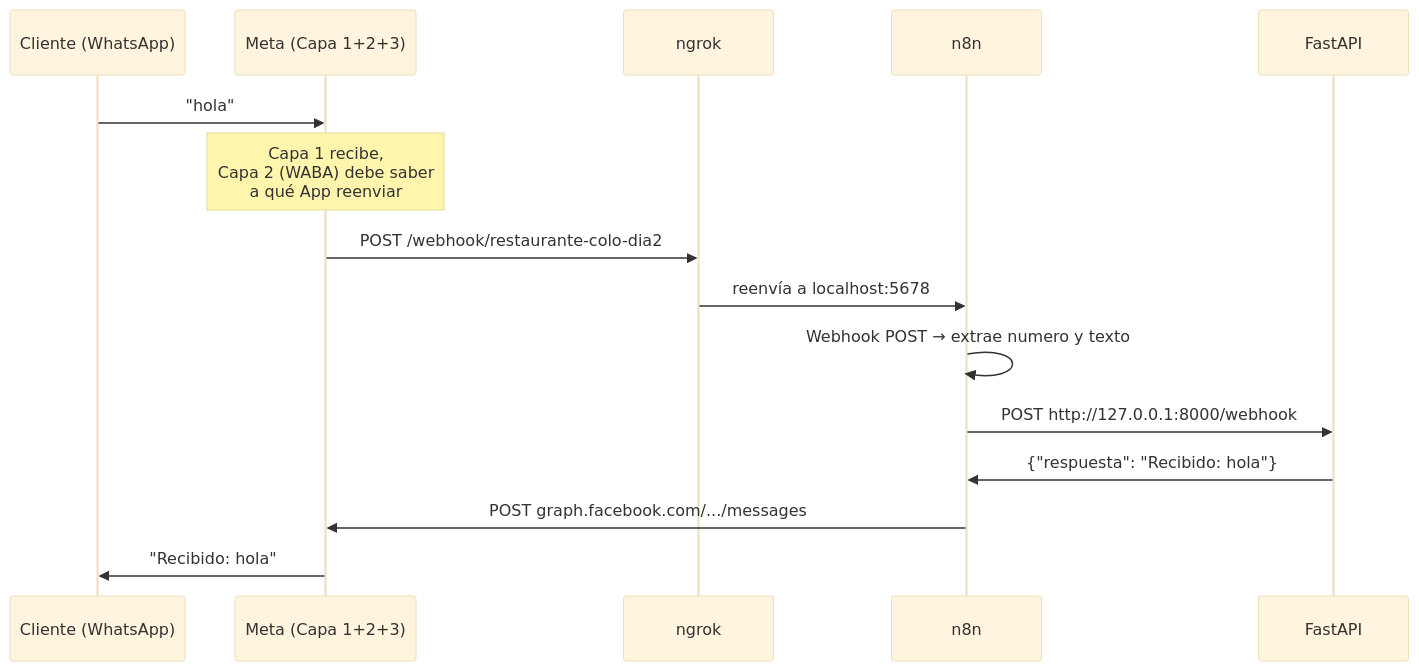
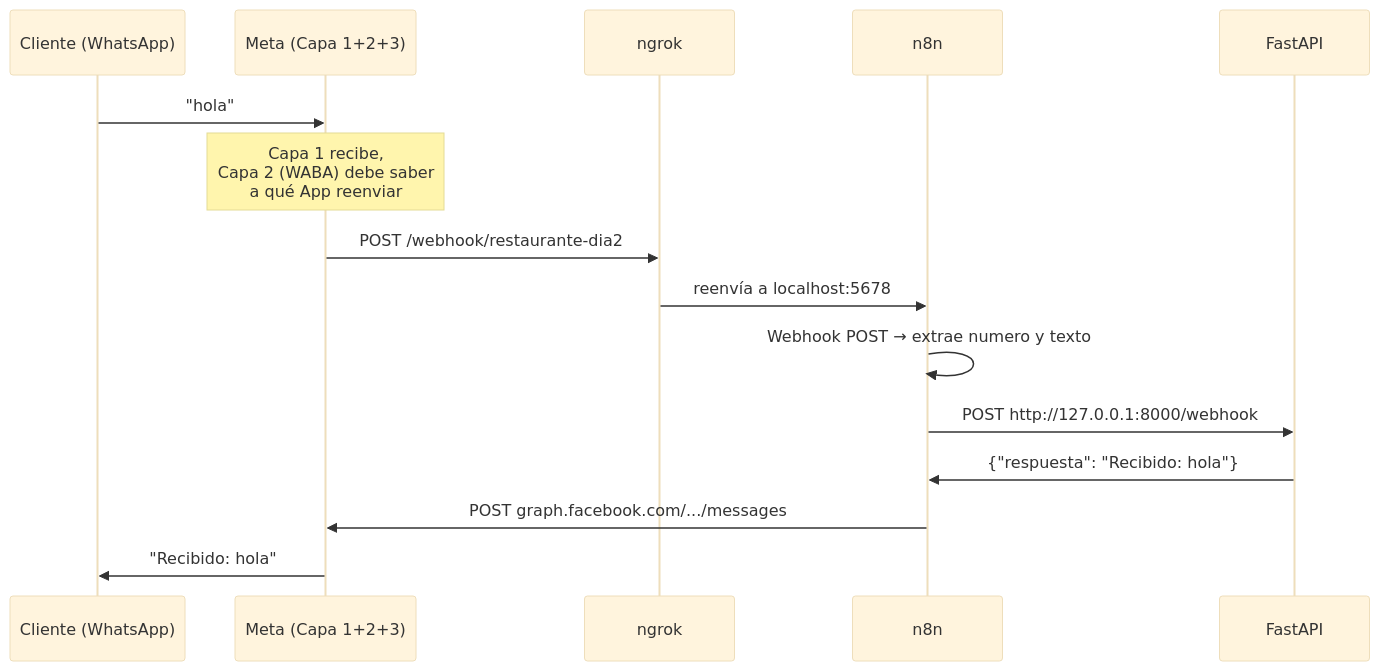
Before and after one commit to nachixxs/restaurante-colo-bot: the fourth of 4 diagrams in docs/explicacion-tecnica-dias-1-2.md, drawn with Mermaid (base theme). The commit also changed other lines of this file and 7 other files, not shown here.

````diff
--- a/docs/explicacion-tecnica-dias-1-2.md
+++ b/docs/explicacion-tecnica-dias-1-2.md
@@ -251,18 +251,18 @@
 ```mermaid
 sequenceDiagram
     participant Cliente as Cliente (WhatsApp)
     participant Meta as Meta (Capa 1+2+3)
     participant ngrok
     participant n8n
     participant FastAPI
 
     Cliente->>Meta: "hola"
     Note over Meta: Capa 1 recibe,<br/>Capa 2 (WABA) debe saber<br/>a qué App reenviar
-    Meta->>ngrok: POST /webhook/restaurante-colo-dia2
+    Meta->>ngrok: POST /webhook/restaurante-dia2
     ngrok->>n8n: reenvía a localhost:5678
     n8n->>n8n: Webhook POST → extrae numero y texto
     n8n->>FastAPI: POST http://127.0.0.1:8000/webhook
     FastAPI->>n8n: {"respuesta": "Recibido: hola"}
     n8n->>Meta: POST graph.facebook.com/.../messages
     Meta->>Cliente: "Recibido: hola"
 ```
````
